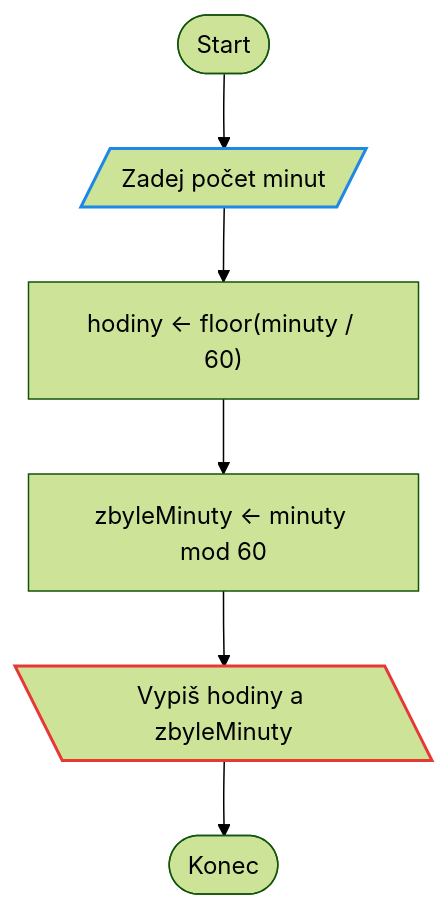
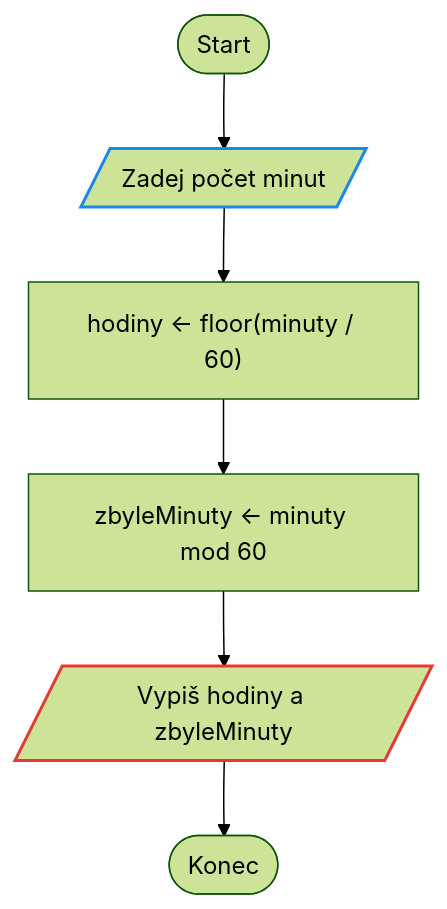
One commit to zeman-delta/Prvaci2026 changed diagram 11 of 15 in 3Hodina/reseni.md. Above: the diagram before and after it, drawn with Mermaid (forest theme). The commit also changed other lines of this file and 1 other file, not shown here.

````diff
--- a/3Hodina/reseni.md
+++ b/3Hodina/reseni.md
@@ -256,13 +256,13 @@
 ```mermaid
 flowchart TD
     S([Start]) --> V[/"Zadej počet minut"/]
     V --> P1["hodiny ← floor(minuty / 60)"]
     P1 --> P2["zbyleMinuty ← minuty mod 60"]
-    P2 --> O[\"Vypiš hodiny a zbyleMinuty"\]
+    P2 --> O[/"Vypiš hodiny a zbyleMinuty"/]
     O --> K([Konec])
 
     classDef vstup stroke:#1e88e5,stroke-width:2px
     classDef vystup stroke:#e53935,stroke-width:2px
     class V vstup
     class O vystup
 ```
````
